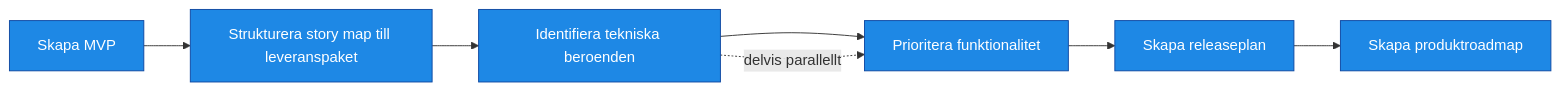
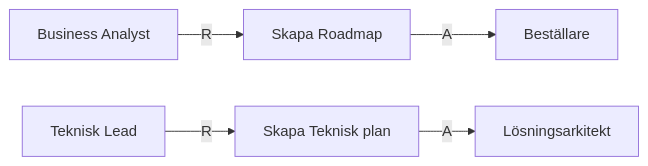
One commit to Riniga/valuestream-os changed the second of 3 diagrams in framework/standard/RACI/3. Roadmap.md. Above: the diagram before and after it, drawn with Mermaid. The commit also changed other lines of this file and 21 other files, not shown here.

````diff
--- a/framework/standard/RACI/3. Roadmap.md
+++ b/framework/standard/RACI/3. Roadmap.md
@@ -3,19 +17,16 @@
 ```mermaid
 flowchart LR
-    %% SEKVENTIELL HUVUDFLÖDE
-    A1["Skapa MVP"] --> A2["Strukturera story map till leveranspaket"]
-    A2 --> A3["Identifiera tekniska beroenden"]
-    A3 --> A4["Prioritera funktionalitet"]
-    A4 --> A5["Skapa releaseplan"]
-    A5 --> A6["Skapa produktroadmap"]
+    A1["Skapa Roadmap"]
+    A2["Skapa Teknisk plan"]
 
-    %% VISUELL PARALLELLITET
-    %% Prioritering kan påbörjas innan beroenden är KLARA, men inte avslutas.
-    A3 -. delvis parallellt .-> A4
+    BA["Business Analyst"]
+    TL["Teknisk Lead"]
+    BE["Beställare"]
+    LA["Lösningsarkitekt"]
 
-    %% STYLING
-    classDef seq fill:#1e88e5,stroke:#0d47a1,color:#fff;
-    classDef par fill:#43a047,stroke:#1b5e20,color:#fff;
+    BA -- R --> A1
+    TL -- R --> A2
 
-    class A1,A2,A3,A4,A5,A6 seq;
+    A1 -- A --> BE
+    A2 -- A --> LA
 ```
````
